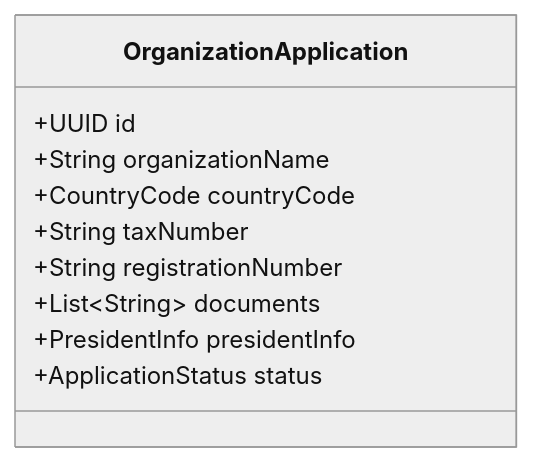
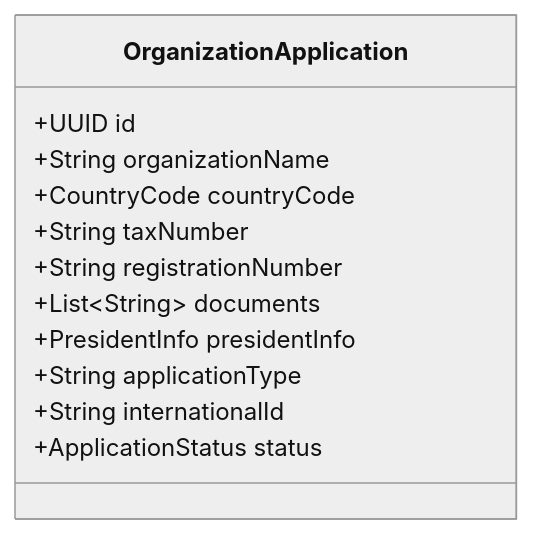
Before and after one commit to PawCloudSolution/backend: the diagram in docs/models/OrganizationApplication.md, drawn with Mermaid (neutral theme). The commit also changed other lines of this file and 5 other files, not shown here.

````diff
--- a/docs/models/OrganizationApplication.md
+++ b/docs/models/OrganizationApplication.md
@@ -8,13 +8,15 @@
 ```mermaid
 classDiagram
     class OrganizationApplication {
         +UUID id
         +String organizationName
         +CountryCode countryCode
         +String taxNumber
         +String registrationNumber
         +List~String~ documents
         +PresidentInfo presidentInfo
+        +String applicationType
+        +String internationalId
         +ApplicationStatus status
     }
 ```
````
